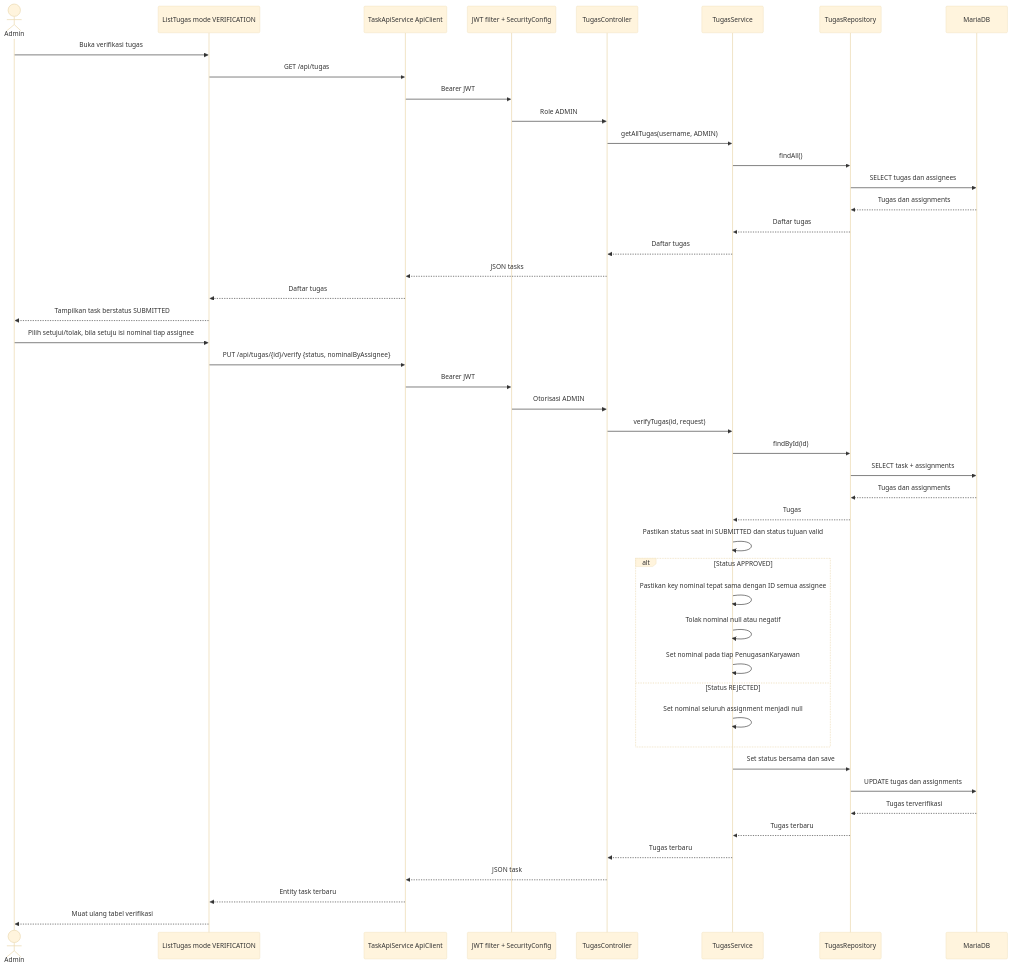
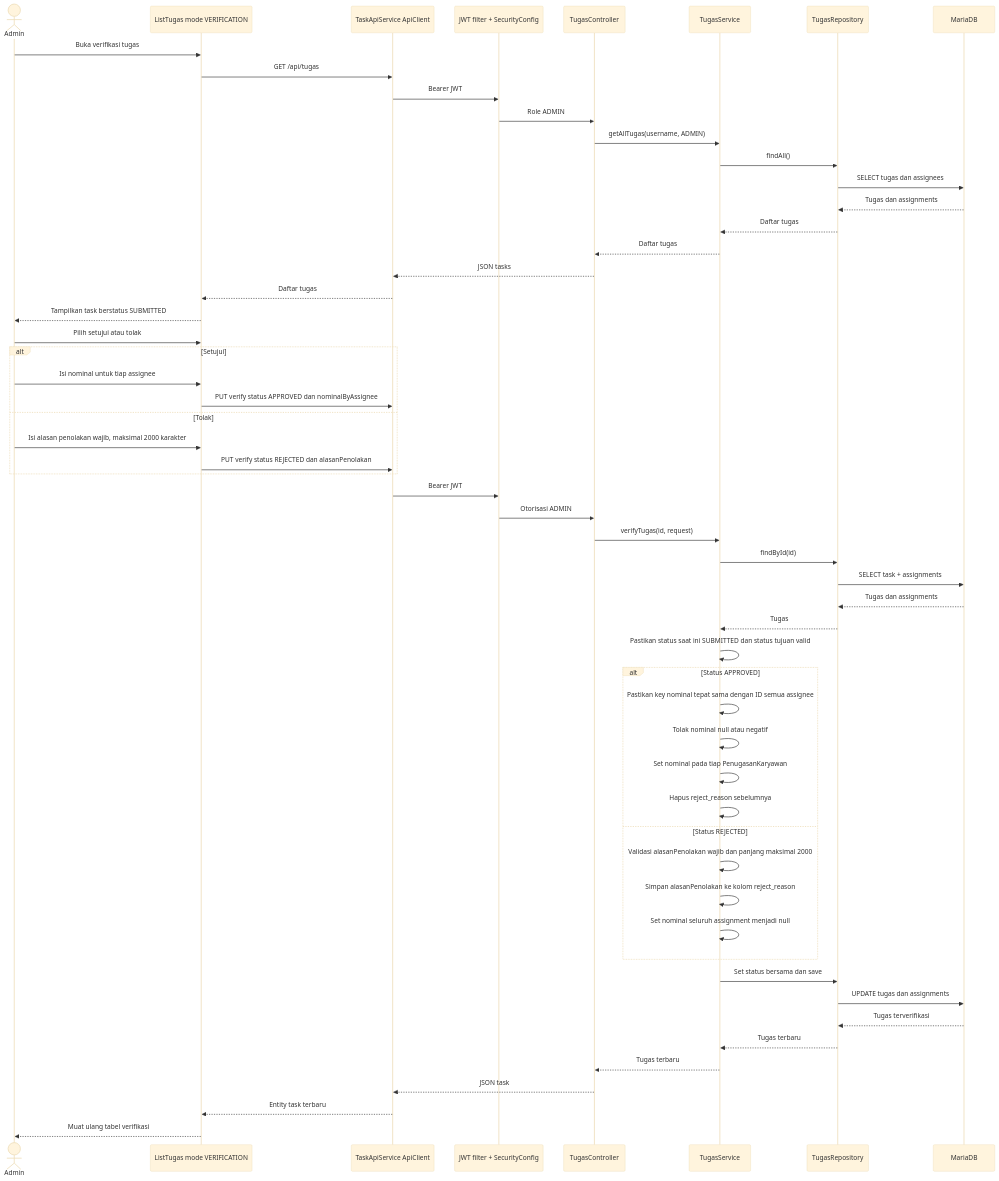
One commit to curteinnn/apkOffice changed the first of 2 diagrams in docs/diagrams/sequence/task-verification-sequence.md. Above: the diagram before and after it, drawn with Mermaid (base theme). The commit also changed other lines of this file and 16 other files, not shown here.

````diff
--- a/docs/diagrams/sequence/task-verification-sequence.md
+++ b/docs/diagrams/sequence/task-verification-sequence.md
@@ -5,50 +5,59 @@
 ```mermaid
 sequenceDiagram
     actor Admin
     participant UI as ListTugas mode VERIFICATION
     participant API as TaskApiService ApiClient
     participant Filter as JWT filter + SecurityConfig
     participant C as TugasController
     participant S as TugasService
     participant Repo as TugasRepository
     participant DB as MariaDB
 
     Admin->>UI: Buka verifikasi tugas
     UI->>API: GET /api/tugas
     API->>Filter: Bearer JWT
     Filter->>C: Role ADMIN
     C->>S: getAllTugas(username, ADMIN)
     S->>Repo: findAll()
     Repo->>DB: SELECT tugas dan assignees
     DB-->>Repo: Tugas dan assignments
     Repo-->>S: Daftar tugas
     S-->>C: Daftar tugas
     C-->>API: JSON tasks
     API-->>UI: Daftar tugas
     UI-->>Admin: Tampilkan task berstatus SUBMITTED
-    Admin->>UI: Pilih setujui/tolak, bila setuju isi nominal tiap assignee
-    UI->>API: PUT /api/tugas/{id}/verify {status, nominalByAssignee}
+    Admin->>UI: Pilih setujui atau tolak
+    alt Setujui
+        Admin->>UI: Isi nominal untuk tiap assignee
+        UI->>API: PUT verify status APPROVED dan nominalByAssignee
+    else Tolak
+        Admin->>UI: Isi alasan penolakan wajib, maksimal 2000 karakter
+        UI->>API: PUT verify status REJECTED dan alasanPenolakan
+    end
     API->>Filter: Bearer JWT
     Filter->>C: Otorisasi ADMIN
     C->>S: verifyTugas(id, request)
     S->>Repo: findById(id)
     Repo->>DB: SELECT task + assignments
     DB-->>Repo: Tugas dan assignments
     Repo-->>S: Tugas
     S->>S: Pastikan status saat ini SUBMITTED dan status tujuan valid
     alt Status APPROVED
         S->>S: Pastikan key nominal tepat sama dengan ID semua assignee
         S->>S: Tolak nominal null atau negatif
         S->>S: Set nominal pada tiap PenugasanKaryawan
+        S->>S: Hapus reject_reason sebelumnya
     else Status REJECTED
+        S->>S: Validasi alasanPenolakan wajib dan panjang maksimal 2000
+        S->>S: Simpan alasanPenolakan ke kolom reject_reason
         S->>S: Set nominal seluruh assignment menjadi null
     end
     S->>Repo: Set status bersama dan save
     Repo->>DB: UPDATE tugas dan assignments
     DB-->>Repo: Tugas terverifikasi
     Repo-->>S: Tugas terbaru
     S-->>C: Tugas terbaru
     C-->>API: JSON task
     API-->>UI: Entity task terbaru
     UI-->>Admin: Muat ulang tabel verifikasi
 ```
````
